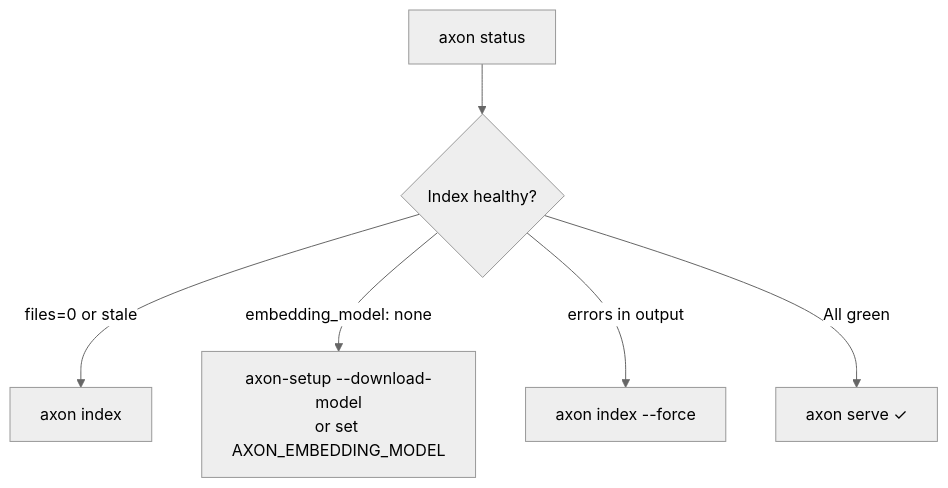
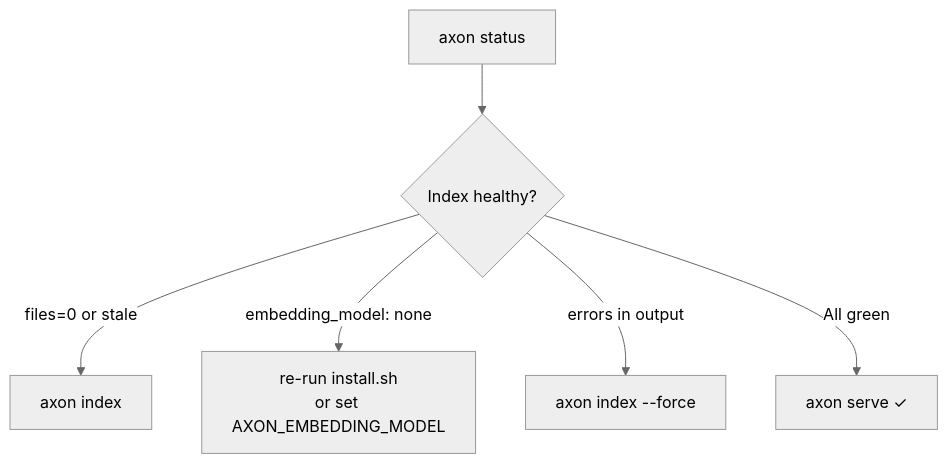
The fourth of 4 diagrams in docs/en/cli-reference.md (HideakiSolutions/axon-releases), drawn with Mermaid (neutral theme) before and after one commit. The commit also changed 1 other file, not shown here.

Commit message:
docs: drop residual axon-setup ref in cli-reference diagnostic flow

````diff
--- a/docs/en/cli-reference.md
+++ b/docs/en/cli-reference.md
@@ -377,8 +377,8 @@
 ```mermaid
 flowchart TD
     A[axon status] --> B{Index healthy?}
     B -->|files=0 or stale| C[axon index]
-    B -->|embedding_model: none| D[axon-setup --download-model\nor set AXON_EMBEDDING_MODEL]
+    B -->|embedding_model: none| D[re-run install.sh\nor set AXON_EMBEDDING_MODEL]
     B -->|errors in output| E[axon index --force]
     B -->|All green| F[axon serve ✓]
 ```
````
